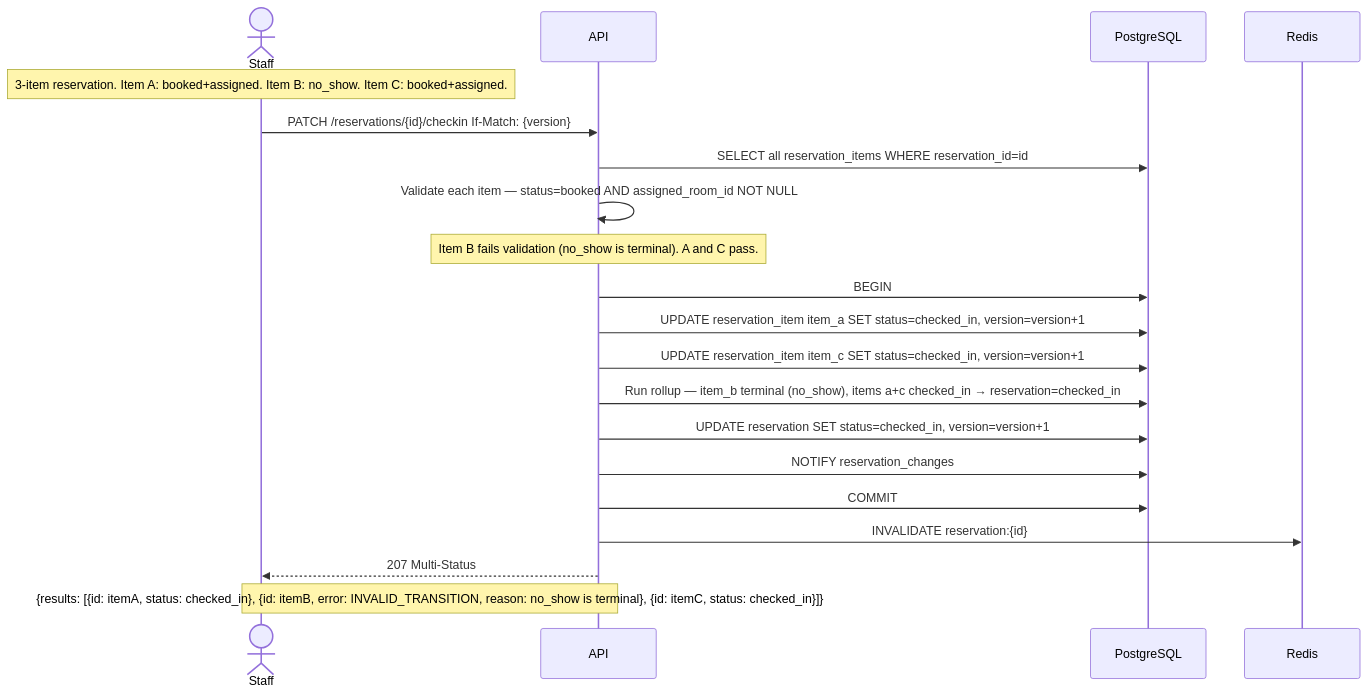
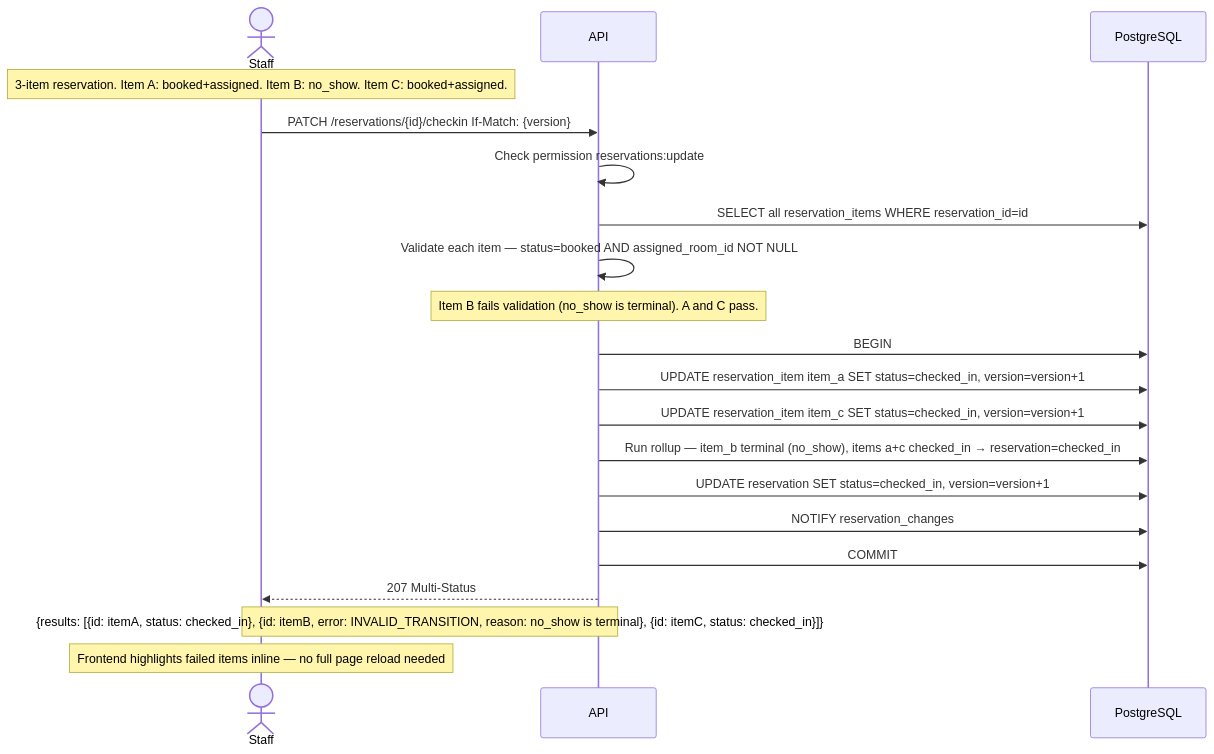
Before and after one commit to mallytj/yop-pms: diagram 19 of 33 in docs/flows/reservations.md, drawn with Mermaid. The commit also changed other lines of this file, not shown here.

Commit message:
docs(reservations): update the flows post review

````diff
--- a/docs/flows/reservations.md
+++ b/docs/flows/reservations.md
@@ -755,27 +903,27 @@
 ```mermaid
 sequenceDiagram
     actor Staff
     participant API
     participant DB as PostgreSQL
-    participant Redis
 
     Note over Staff: 3-item reservation. Item A: booked+assigned. Item B: no_show. Item C: booked+assigned.
 
     Staff->>API: PATCH /reservations/{id}/checkin If-Match: {version}
+    API->>API: Check permission reservations:update
     API->>DB: SELECT all reservation_items WHERE reservation_id=id
     API->>API: Validate each item — status=booked AND assigned_room_id NOT NULL
 
     Note over API: Item B fails validation (no_show is terminal). A and C pass.
 
     API->>DB: BEGIN
     API->>DB: UPDATE reservation_item item_a SET status=checked_in, version=version+1
     API->>DB: UPDATE reservation_item item_c SET status=checked_in, version=version+1
     API->>DB: Run rollup — item_b terminal (no_show), items a+c checked_in → reservation=checked_in
     API->>DB: UPDATE reservation SET status=checked_in, version=version+1
     API->>DB: NOTIFY reservation_changes
     API->>DB: COMMIT
-    API->>Redis: INVALIDATE reservation:{id}
 
     API-->>Staff: 207 Multi-Status
     Note over API,Staff: {results: [{id: itemA, status: checked_in}, {id: itemB, error: INVALID_TRANSITION, reason: no_show is terminal}, {id: itemC, status: checked_in}]}
+    Note over Staff: Frontend highlights failed items inline — no full page reload needed
 ```
````
